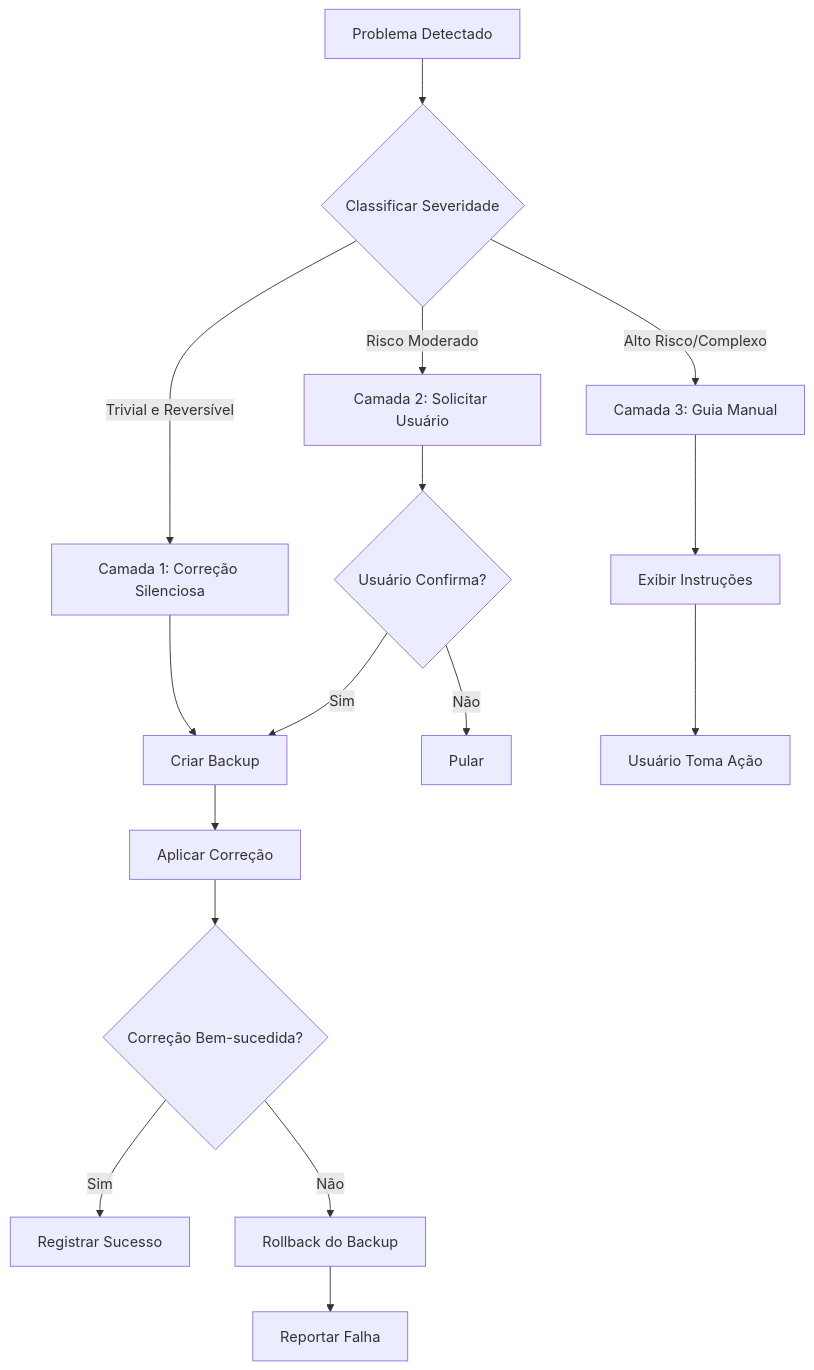
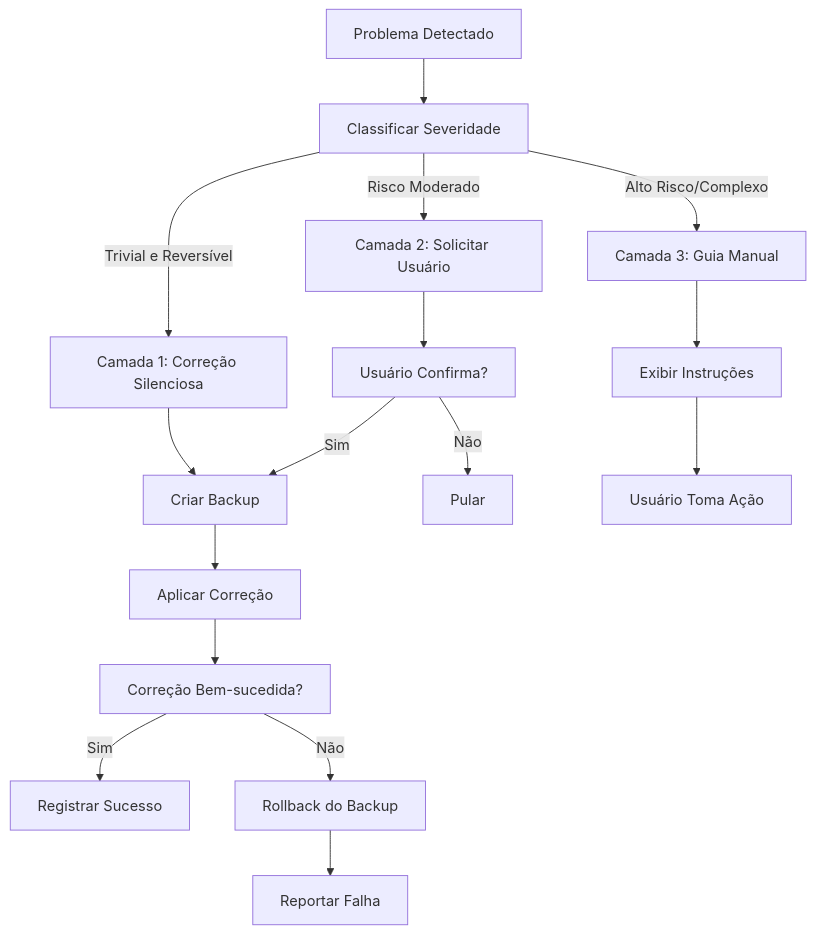
Before and after one commit to bychrisr/aios-docs: the second of 3 diagrams in content/pt-BR/docs/architecture/adr/adr-hcs-health-check-system.mdx, drawn with Mermaid. The commit also changed other lines of this file and 40 other files, not shown here.

````diff
--- a/content/pt-BR/docs/architecture/adr/adr-hcs-health-check-system.mdx
+++ b/content/pt-BR/docs/architecture/adr/adr-hcs-health-check-system.mdx
@@ -430,24 +430,24 @@
 ```mermaid
 flowchart TD
-    Issue["Problema Detectado"] --> Classify{"Classificar Severidade"}
+    Issue["Problema Detectado"] --> Classify["Classificar Severidade"]
 
     Classify -->|Trivial e Reversível| T1["Camada 1: Correção Silenciosa"]
     Classify -->|Risco Moderado| T2["Camada 2: Solicitar Usuário"]
     Classify -->|Alto Risco/Complexo| T3["Camada 3: Guia Manual"]
 
     T1 --> Backup["Criar Backup"]
-    T2 --> Confirm{"Usuário Confirma?"}
+    T2 --> Confirm["Usuário Confirma?"]
 
     Backup --> Apply["Aplicar Correção"]
     Confirm -->|Sim| Backup
     Confirm -->|Não| Skip["Pular"]
 
-    Apply --> Verify{"Correção Bem-sucedida?"}
+    Apply --> Verify["Correção Bem-sucedida?"]
     Verify -->|Sim| Log["Registrar Sucesso"]
     Verify -->|Não| Rollback["Rollback do Backup"]
 
     T3 --> Guide["Exibir Instruções"]
     Guide --> UserAction["Usuário Toma Ação"]
 
     Rollback --> Fail["Reportar Falha"]
 ```
````
